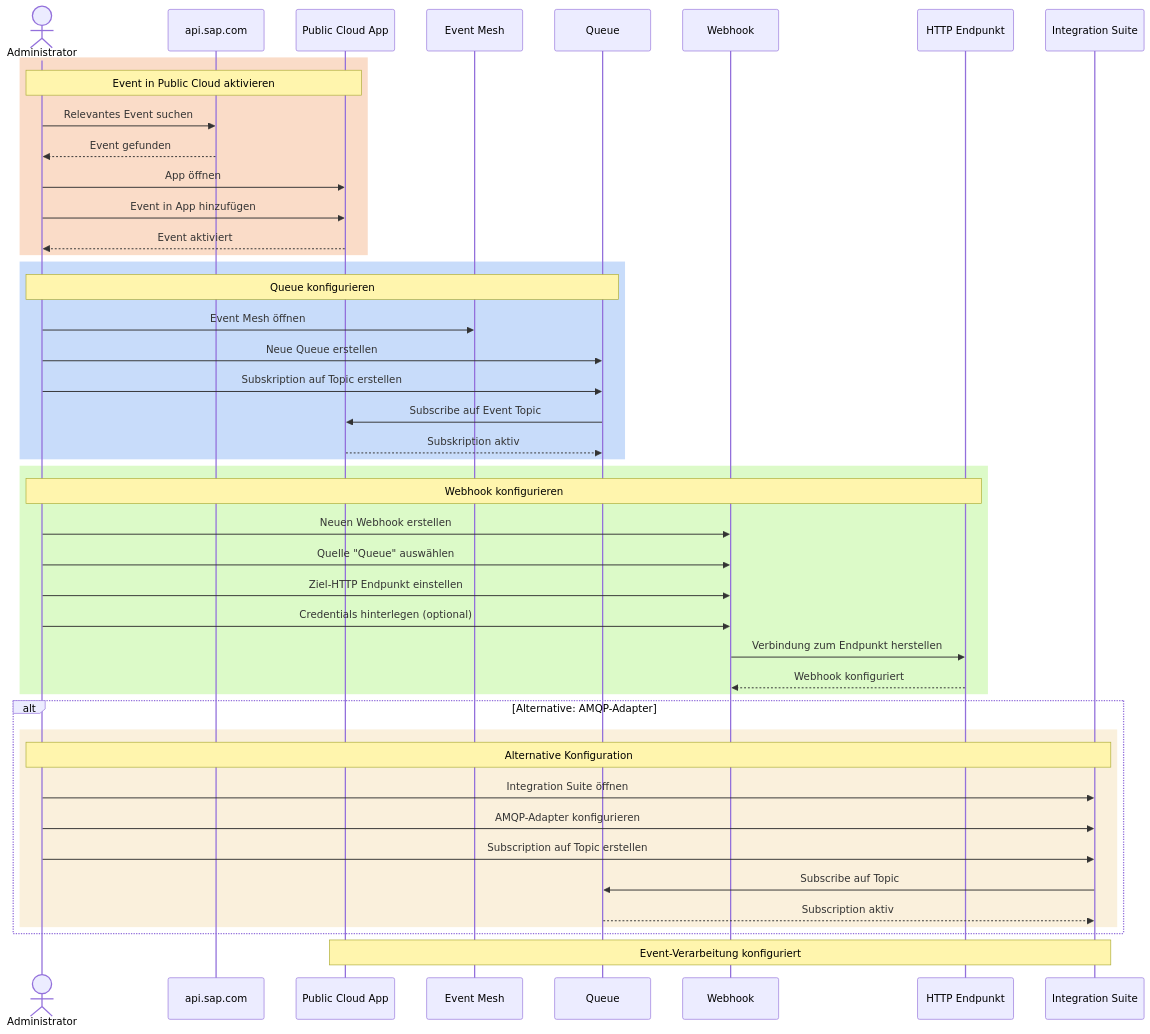
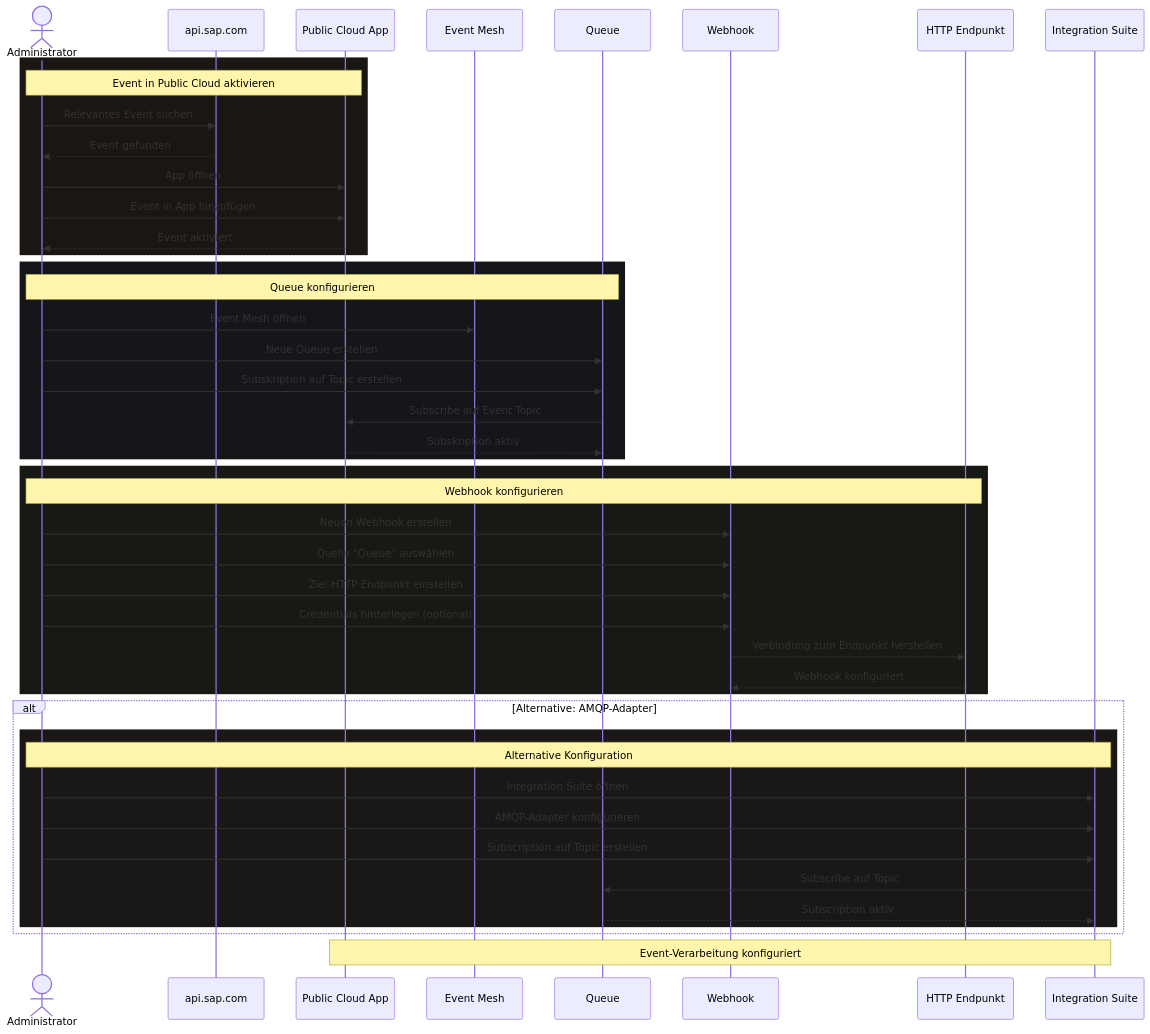
One commit to tq-bit/public-notes changed the diagram in content/SAP Integration Suite/How-Tos/Neue Events im Event Mesh anlegen.md. Above: the diagram before and after it, drawn with Mermaid. The commit also changed 10 other files, not shown here.

````diff
--- a/content/SAP Integration Suite/How-Tos/Neue Events im Event Mesh anlegen.md
+++ b/content/SAP Integration Suite/How-Tos/Neue Events im Event Mesh anlegen.md
@@ -53,53 +53,53 @@
 ```mermaid
 sequenceDiagram
     actor Admin as Administrator
     participant API as api.sap.com
     participant PC as Public Cloud App
     participant EM as Event Mesh
     participant Queue as Queue
     participant WH as Webhook
     participant EP as HTTP Endpunkt
     participant IS as Integration Suite
 
-    rect rgb(250, 220, 200)
+    rect rgb(25, 22, 20)
         Note over Admin,PC: Event in Public Cloud aktivieren
         Admin->>API: Relevantes Event suchen
         API-->>Admin: Event gefunden
         Admin->>PC: App öffnen
         Admin->>PC: Event in App hinzufügen
         PC-->>Admin: Event aktiviert
     end
     
-    rect rgb(200, 220, 250)
+    rect rgb(20, 22, 25)
         Note over Admin,Queue: Queue konfigurieren
         Admin->>EM: Event Mesh öffnen
         Admin->>Queue: Neue Queue erstellen
         Admin->>Queue: Subskription auf Topic erstellen
         Queue->>PC: Subscribe auf Event Topic
         PC-->>Queue: Subskription aktiv
     end
     
-    rect rgb(220, 250, 200)
+    rect rgb(22, 25, 20)
         Note over Admin,EP: Webhook konfigurieren
         Admin->>WH: Neuen Webhook erstellen
         Admin->>WH: Quelle "Queue" auswählen
         Admin->>WH: Ziel-HTTP Endpunkt einstellen
         Admin->>WH: Credentials hinterlegen (optional)
         WH->>EP: Verbindung zum Endpunkt herstellen
         EP-->>WH: Webhook konfiguriert
     end
     
     alt Alternative: AMQP-Adapter
-        rect rgb(250, 240, 220)
+        rect rgb(25, 24, 22)
             Note over Admin,IS: Alternative Konfiguration
             Admin->>IS: Integration Suite öffnen
             Admin->>IS: AMQP-Adapter konfigurieren
             Admin->>IS: Subscription auf Topic erstellen
             IS->>Queue: Subscribe auf Topic
             Queue-->>IS: Subscription aktiv
         end
     end
     
     Note over PC,IS: Event-Verarbeitung konfiguriert
 
 ```
````
